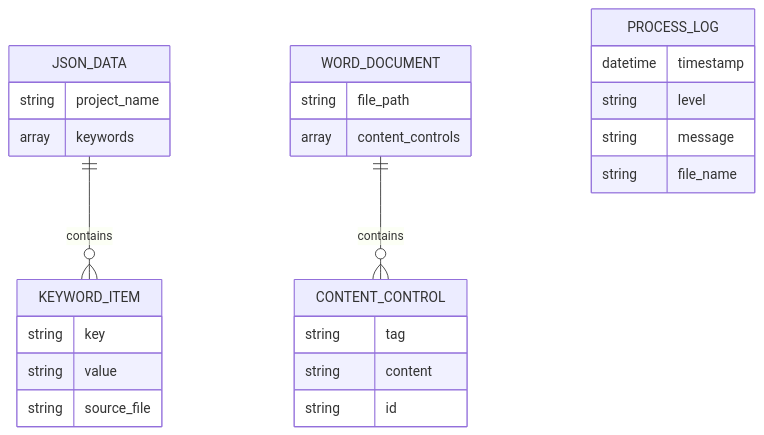
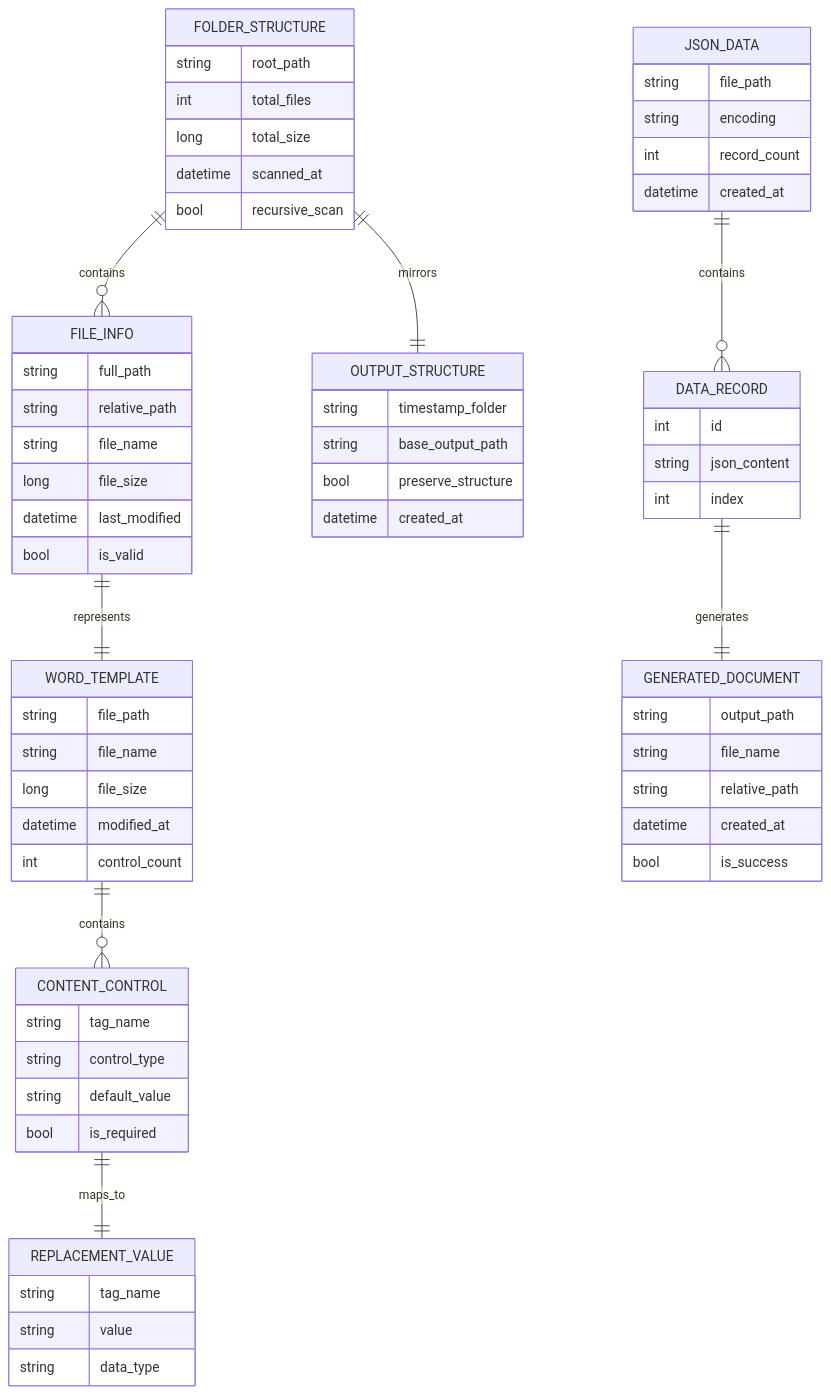
Before and after one commit to allanpk716/docx_replacer: the third of 3 diagrams in .trae/documents/DocuFiller技术架构文档.md, drawn with Mermaid. The commit also changed other lines of this file and 22 other files, not shown here.

````diff
--- a/.trae/documents/DocuFiller技术架构文档.md
+++ b/.trae/documents/DocuFiller技术架构文档.md
@@ -154,34 +242,76 @@
 ```mermaid
 erDiagram
-    JSON_DATA {
-        string project_name
-        array keywords
+    FOLDER_STRUCTURE ||--o{ FILE_INFO : contains
+    FILE_INFO ||--|| WORD_TEMPLATE : represents
+    JSON_DATA ||--o{ DATA_RECORD : contains
+    WORD_TEMPLATE ||--o{ CONTENT_CONTROL : contains
+    DATA_RECORD ||--|| GENERATED_DOCUMENT : generates
+    CONTENT_CONTROL ||--|| REPLACEMENT_VALUE : maps_to
+    FOLDER_STRUCTURE ||--|| OUTPUT_STRUCTURE : mirrors
+
+    FOLDER_STRUCTURE {
+        string root_path
+        int total_files
+        long total_size
+        datetime scanned_at
+        bool recursive_scan
     }
     
-    KEYWORD_ITEM {
-        string key
-        string value
-        string source_file
+    FILE_INFO {
+        string full_path
+        string relative_path
+        string file_name
+        long file_size
+        datetime last_modified
+        bool is_valid
     }
     
-    WORD_DOCUMENT {
+    JSON_DATA {
         string file_path
-        array content_controls
+        string encoding
+        int record_count
+        datetime created_at
+    }
+    
+    DATA_RECORD {
+        int id
+        string json_content
+        int index
+    }
+    
+    WORD_TEMPLATE {
+        string file_path
+        string file_name
+        long file_size
+        datetime modified_at
+        int control_count
     }
     
     CONTENT_CONTROL {
-        string tag
-        string content
-        string id
+        string tag_name
+        string control_type
+        string default_value
+        bool is_required
     }
     
-    PROCESS_LOG {
-        datetime timestamp
-        string level
-        string message
+    GENERATED_DOCUMENT {
+        string output_path
         string file_name
+        string relative_path
+        datetime created_at
+        bool is_success
     }
     
-    JSON_DATA ||--o{ KEYWORD_ITEM : contains
-    WORD_DOCUMENT ||--o{ CONTENT_CONTROL : contains
+    OUTPUT_STRUCTURE {
+        string timestamp_folder
+        string base_output_path
+        bool preserve_structure
+        datetime created_at
+    }
+    
+    REPLACEMENT_VALUE {
+        string tag_name
+        string value
+        string data_type
+    }
 ```
````
